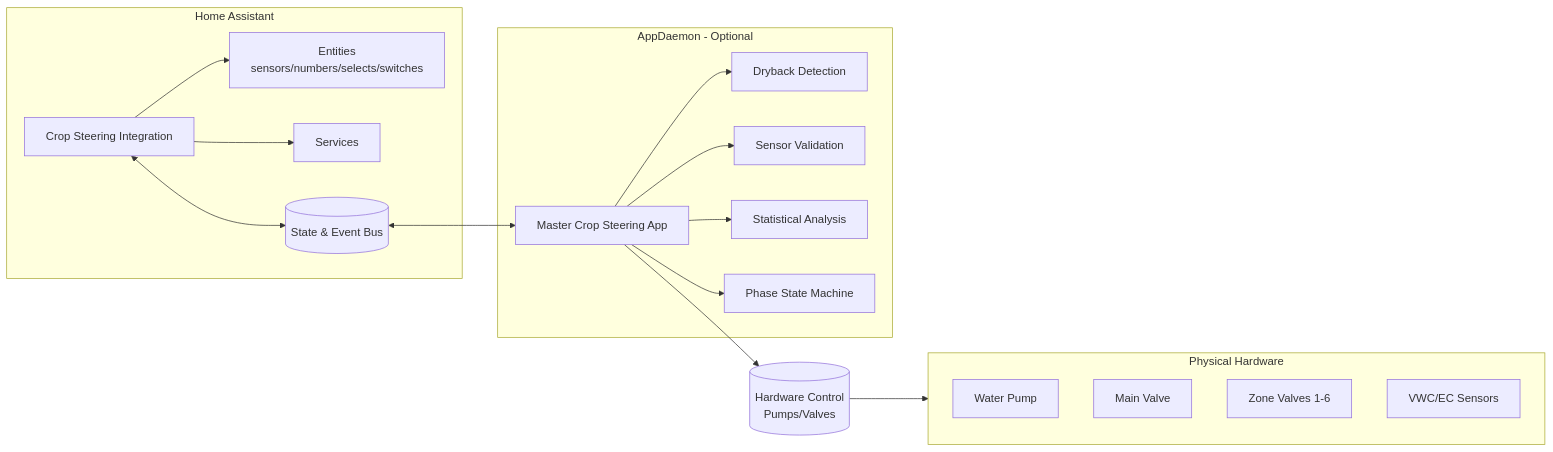
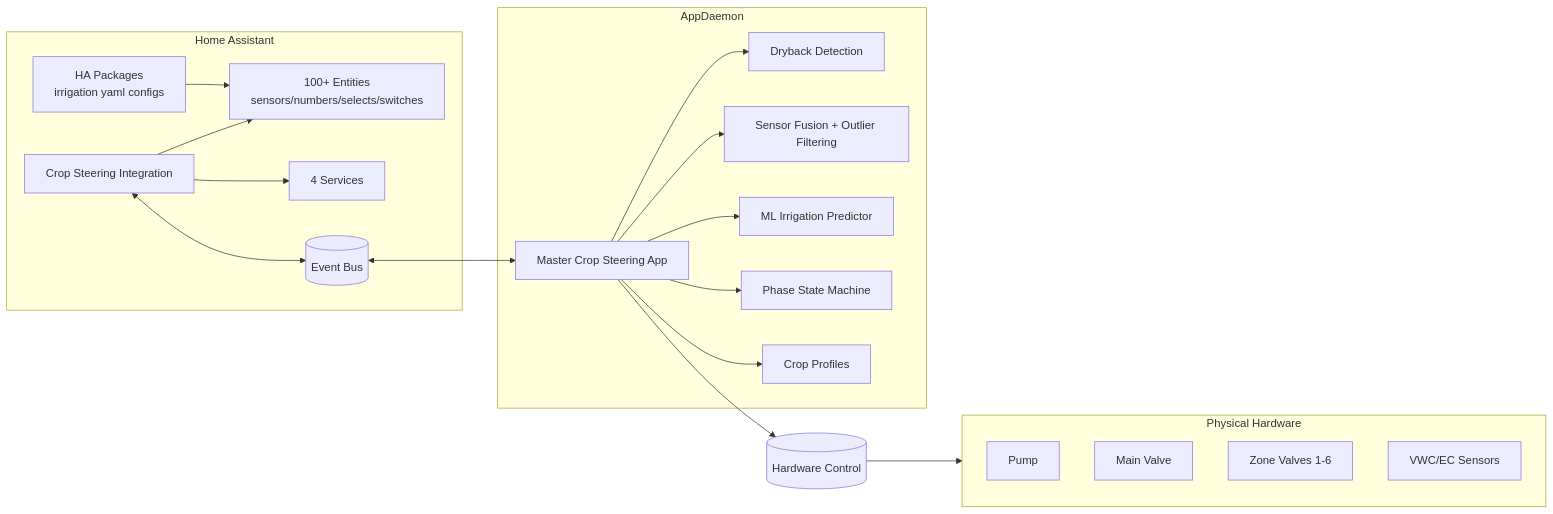
The second of 3 diagrams in README.md (JakeTheRabbit/HA-Irrigation-Strategy), drawn with Mermaid before and after one commit. The commit also changed other lines of this file, not shown here.

Commit message:
Rewrite README with architecture diagrams, system guide links, and Claude Code recommendation

````diff
--- a/README.md
+++ b/README.md
@@ -1027,37 +52,41 @@
 ```mermaid
 flowchart LR
   subgraph HA[Home Assistant]
     I[Crop Steering Integration]
-    E[Entities<br/>sensors/numbers/selects/switches]
-    SVC[Services]
-    BUS[(State & Event Bus)]
+    E[100+ Entities\nsensors/numbers/selects/switches]
+    SVC[4 Services]
+    PKG[HA Packages\nirrigation yaml configs]
+    BUS[(Event Bus)]
   end
 
   I --> E
   I --> SVC
   I <--> BUS
+  PKG --> E
 
-  subgraph AD[AppDaemon - Optional]
+  subgraph AD[AppDaemon]
     M[Master Crop Steering App]
     D[Dryback Detection]
-    F[Sensor Validation]
-    P[Statistical Analysis]
+    F[Sensor Fusion + Outlier Filtering]
+    ML[ML Irrigation Predictor]
     SM[Phase State Machine]
+    CP[Crop Profiles]
   end
 
   BUS <--> M
   M --> D
   M --> F
-  M --> P
+  M --> ML
   M --> SM
-  M --> HW[(Hardware Control<br/>Pumps/Valves)]
-  
+  M --> CP
+  M --> HW[(Hardware Control)]
+
   subgraph HW_DETAIL[Physical Hardware]
-    PUMP[Water Pump]
+    PUMP[Pump]
     MAIN[Main Valve]
     ZONES[Zone Valves 1-6]
     SENSORS[VWC/EC Sensors]
   end
-  
+
   HW --> HW_DETAIL
 ```
````
